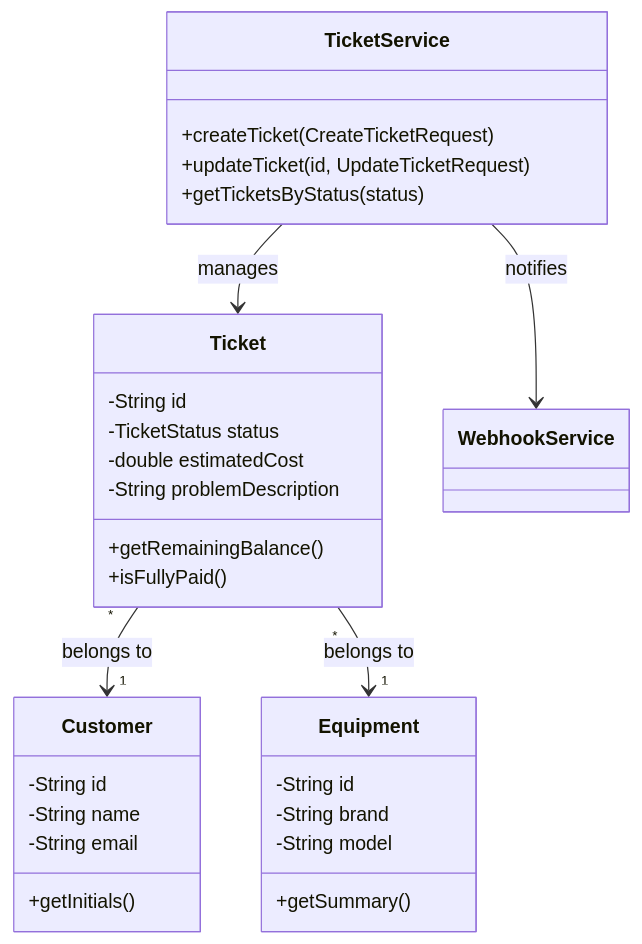
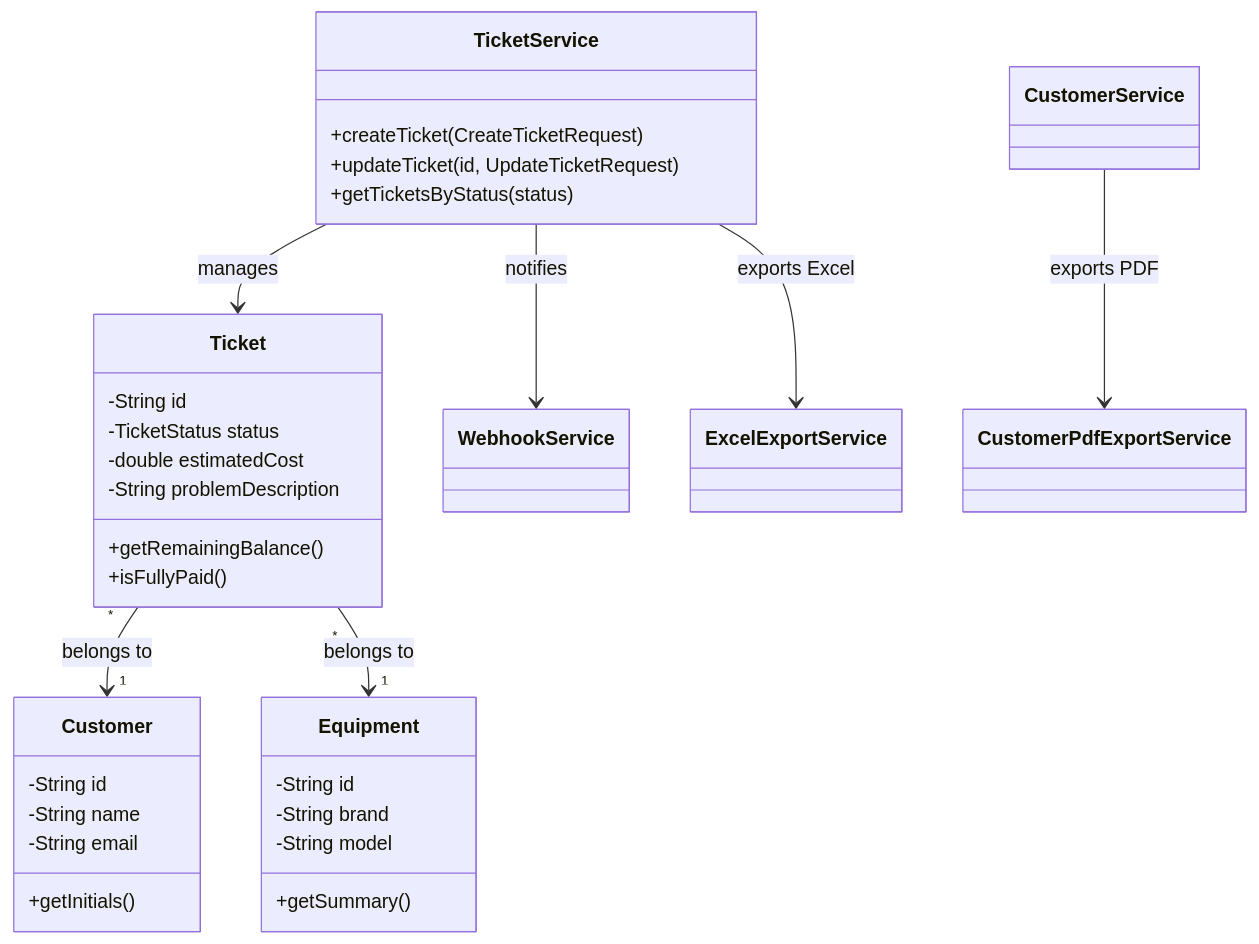
Before and after one commit to enri312/cyrcetech: the third of 4 diagrams in project_manual.md, drawn with Mermaid. The commit also changed other lines of this file and 33 other files, not shown here.

Commit message:
feat: Introduce core backend functionalities for equipment, customer, ticket, and audit log management, alongside new UI controllers and API service interfaces.

````diff
--- a/project_manual.md
+++ b/project_manual.md
@@ -91,36 +102,38 @@
 ```mermaid
 classDiagram
     class Ticket {
         -String id
         -TicketStatus status
         -double estimatedCost
         -String problemDescription
         +getRemainingBalance()
         +isFullyPaid()
     }
 
     class Customer {
         -String id
         -String name
         -String email
         +getInitials()
     }
 
     class Equipment {
         -String id
         -String brand
         -String model
         +getSummary()
     }
 
     class TicketService {
         +createTicket(CreateTicketRequest)
         +updateTicket(id, UpdateTicketRequest)
         +getTicketsByStatus(status)
     }
 
     TicketService --> Ticket : manages
     TicketService --> WebhookService : notifies
+    CustomerService --> CustomerPdfExportService : exports PDF
+    TicketService --> ExcelExportService : exports Excel
     Ticket "*" --> "1" Customer : belongs to
     Ticket "*" --> "1" Equipment : belongs to
 ```
````
